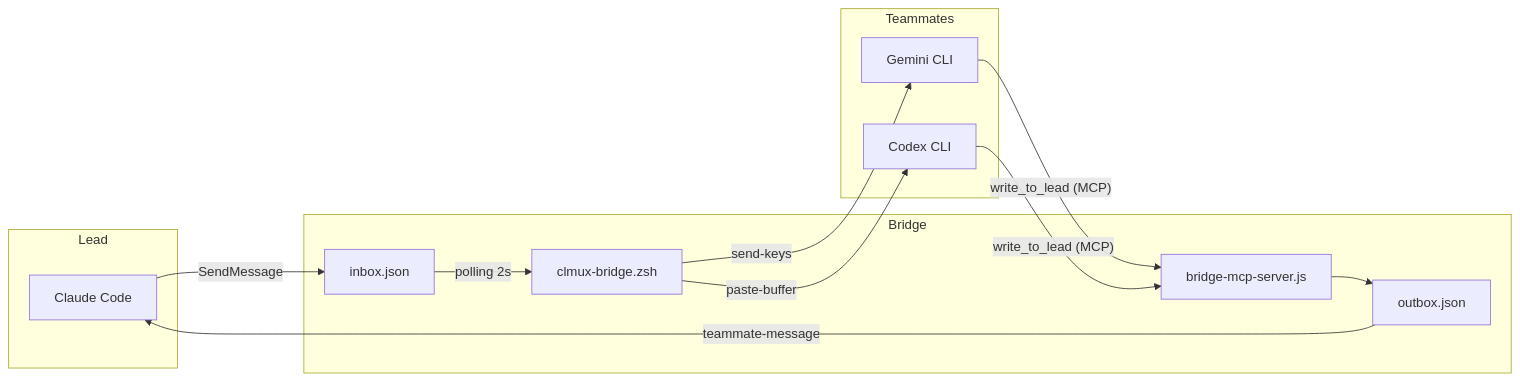
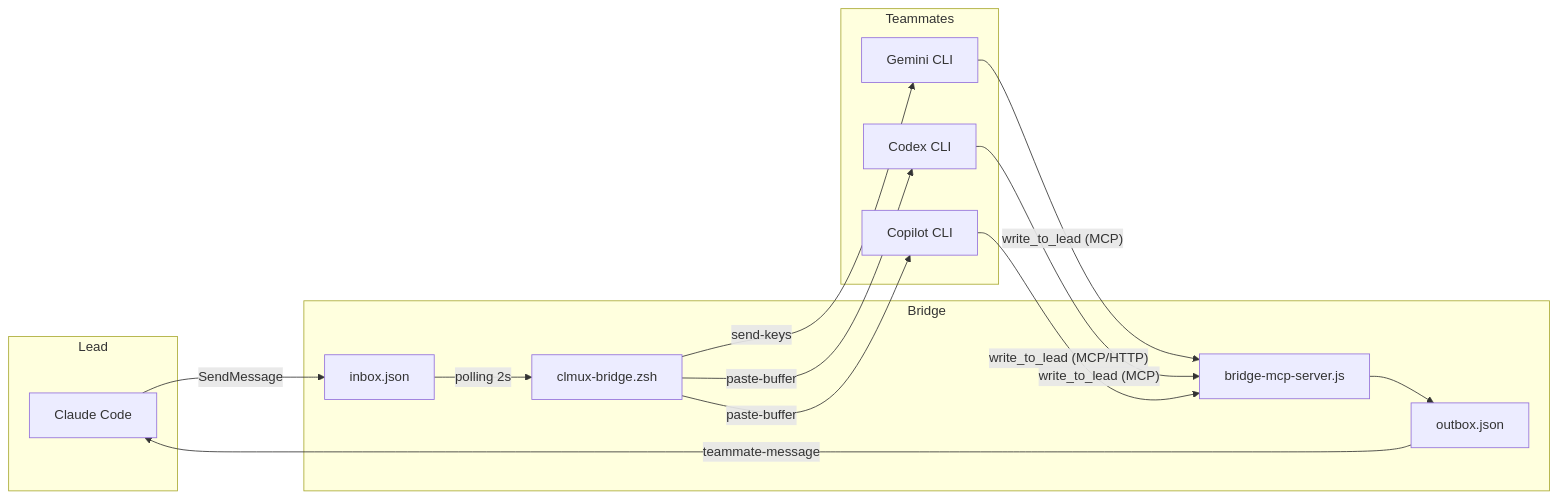
One commit to DvwN-Lee/clau-mux changed the diagram in README.md. Above: the diagram before and after it, drawn with Mermaid. The commit also changed other lines of this file and 13 other files, not shown here.

````diff
--- a/README.md
+++ b/README.md
@@ -15,27 +15,30 @@
 ```mermaid
 flowchart LR
   subgraph Lead
     CC[Claude Code]
   end
 
   subgraph Bridge
     inbox[inbox.json]
     bridge[clmux-bridge.zsh]
     mcp[bridge-mcp-server.js]
     outbox[outbox.json]
   end
 
   subgraph Teammates
     G[Gemini CLI]
     X[Codex CLI]
+    P[Copilot CLI]
   end
 
   CC -- "SendMessage" --> inbox
   inbox -- "polling 2s" --> bridge
   bridge -- "send-keys" --> G
   bridge -- "paste-buffer" --> X
+  bridge -- "paste-buffer" --> P
   G -- "write_to_lead (MCP)" --> mcp
   X -- "write_to_lead (MCP)" --> mcp
+  P -- "write_to_lead (MCP/HTTP)" --> mcp
   mcp --> outbox
   outbox -- "teammate-message" --> CC
 ```
````
